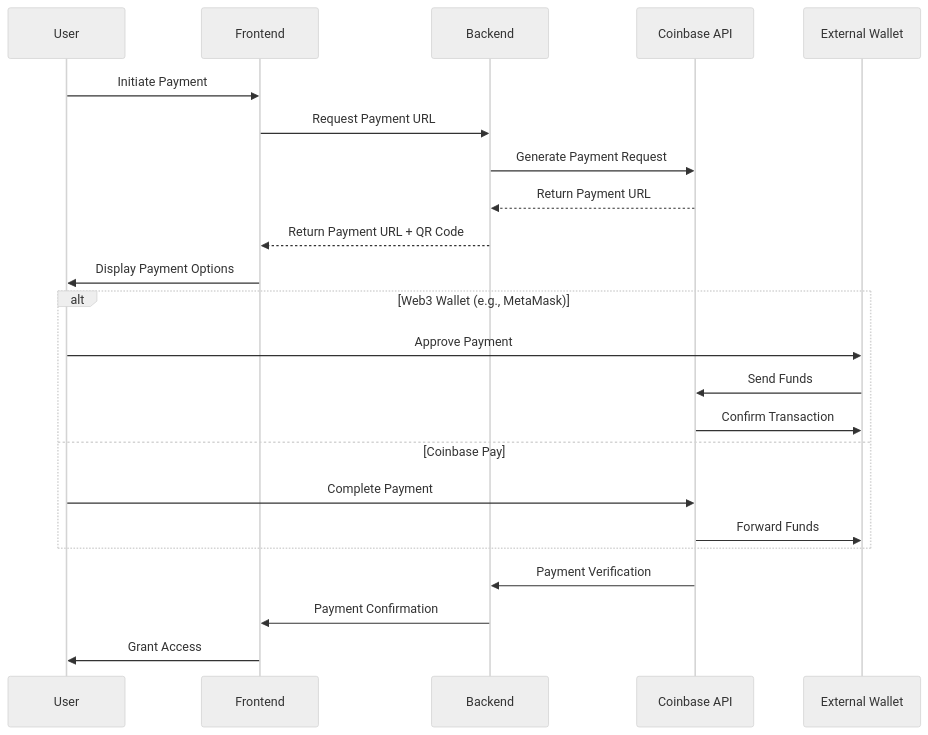
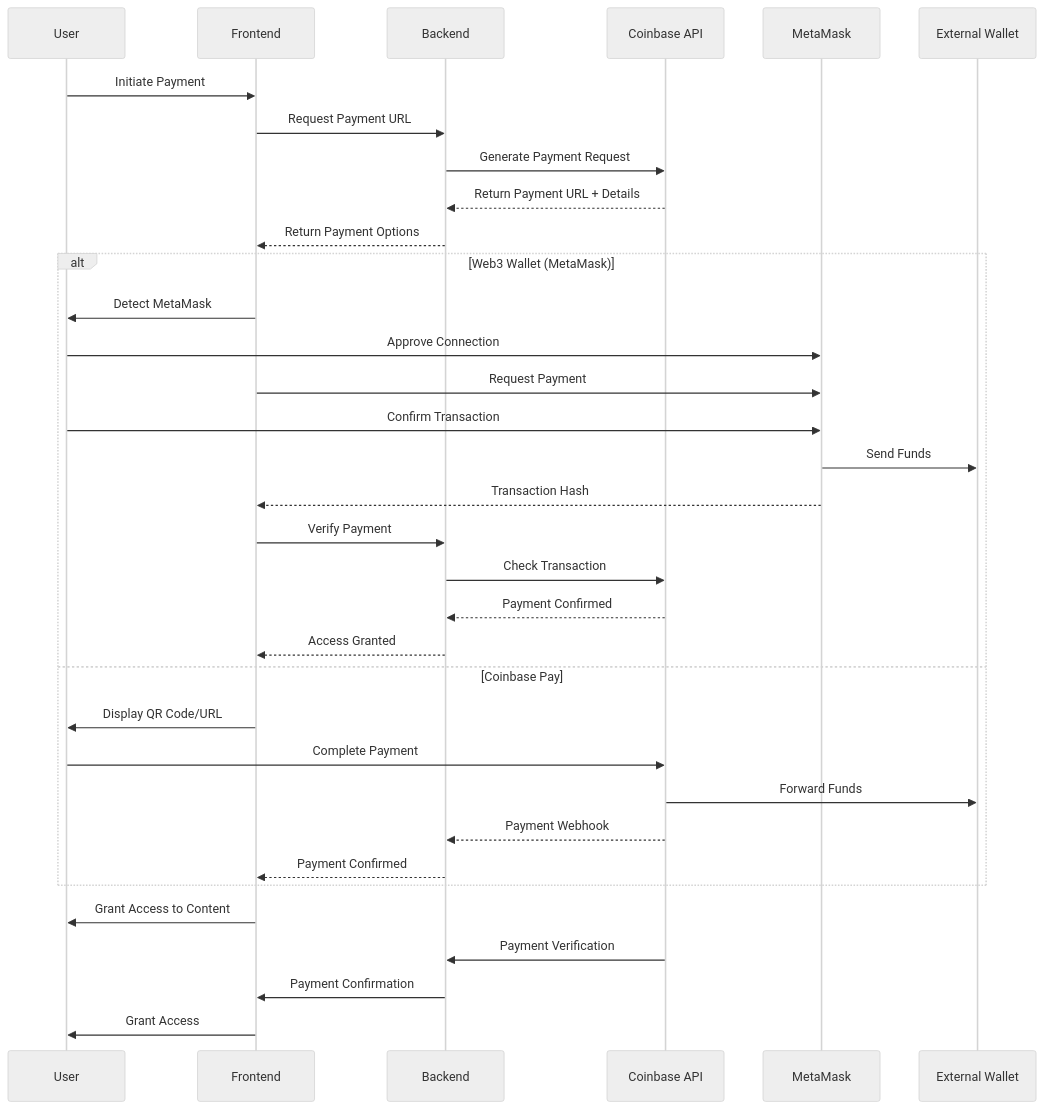
One commit to davidorban/sensayhack-402 changed the diagram in docs/payment-integration.md. Above: the diagram before and after it, drawn with Mermaid (neutral theme). The commit also changed other lines of this file, not shown here.

First line of the commit message:
docs: enhance payment integration with MetaMask details

````diff
--- a/docs/payment-integration.md
+++ b/docs/payment-integration.md
@@ -8,28 +8,40 @@
 ```mermaid
 sequenceDiagram
     participant U as User
     participant F as Frontend
     participant B as Backend
     participant C as Coinbase API
+    participant M as MetaMask
     participant W as External Wallet
 
     U->>F: Initiate Payment
     F->>B: Request Payment URL
     B->>C: Generate Payment Request
-    C-->>B: Return Payment URL
-    B-->>F: Return Payment URL + QR Code
-    F->>U: Display Payment Options
+    C-->>B: Return Payment URL + Details
+    B-->>F: Return Payment Options
     
-    alt Web3 Wallet (e.g., MetaMask)
-        U->>W: Approve Payment
-        W->>C: Send Funds
-        C->>W: Confirm Transaction
+    alt Web3 Wallet (MetaMask)
+        F->>U: Detect MetaMask
+        U->>M: Approve Connection
+        F->>M: Request Payment
+        U->>M: Confirm Transaction
+        M->>W: Send Funds
+        M-->>F: Transaction Hash
+        F->>B: Verify Payment
+        B->>C: Check Transaction
+        C-->>B: Payment Confirmed
+        B-->>F: Access Granted
     else Coinbase Pay
+        F->>U: Display QR Code/URL
         U->>C: Complete Payment
         C->>W: Forward Funds
+        C-->>B: Payment Webhook
+        B-->>F: Payment Confirmed
     end
+    
+    F->>U: Grant Access to Content
 
     C->>B: Payment Verification
     B->>F: Payment Confirmation
     F->>U: Grant Access
 ```
````
